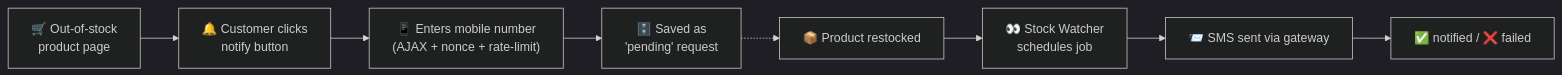
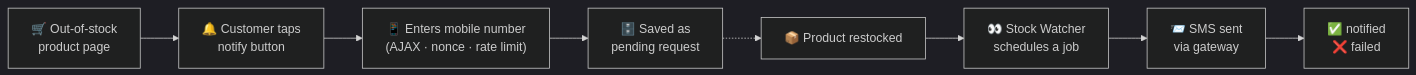
Before and after one commit to alirzaghlmpr/unavalable-product-sms-sender: the diagram in README.md, drawn with Mermaid (dark theme). The commit also changed other lines of this file and 8 other files, not shown here.

````diff
--- a/README.md
+++ b/README.md
@@ -99,10 +92,10 @@
 ```mermaid
 flowchart LR
-    A["🛒 Out-of-stock<br/>product page"] --> B["🔔 Customer clicks<br/>notify button"]
-    B --> C["📱 Enters mobile number<br/>(AJAX + nonce + rate-limit)"]
-    C --> D["🗄️ Saved as<br/>'pending' request"]
+    A["🛒 Out-of-stock<br/>product page"] --> B["🔔 Customer taps<br/>notify button"]
+    B --> C["📱 Enters mobile number<br/>(AJAX · nonce · rate limit)"]
+    C --> D["🗄️ Saved as<br/>pending request"]
     D -.-> E["📦 Product restocked"]
-    E --> F["👀 Stock Watcher<br/>schedules job"]
-    F --> G["📨 SMS sent via gateway"]
-    G --> H["✅ notified / ❌ failed"]
+    E --> F["👀 Stock Watcher<br/>schedules a job"]
+    F --> G["📨 SMS sent<br/>via gateway"]
+    G --> H["✅ notified<br/>❌ failed"]
 ```
````
